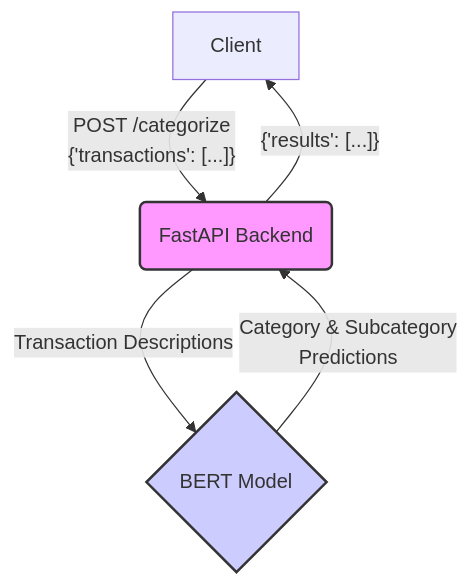
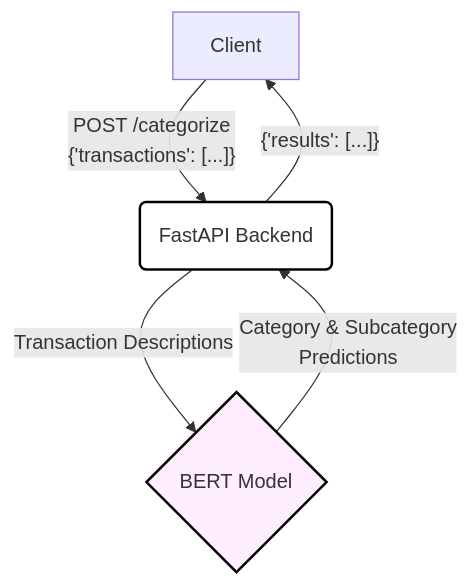
The diagram in README.md (jongan69/Bank-Transaction-Categorizer-v2), drawn with Mermaid before and after one commit.

````diff
--- a/README.md
+++ b/README.md
@@ -7,9 +7,9 @@
 ```mermaid
 graph TD;
     A[Client] -- "POST /categorize<br/>{'transactions': [...]}" --> B(FastAPI Backend);
     B -- "Transaction Descriptions" --> C{BERT Model};
     C -- "Category & Subcategory<br/>Predictions" --> B;
     B -- "{'results': [...]}" --> A;
-style B fill:#f9f,stroke:#333,stroke-width:2px
-style C fill:#ccf,stroke:#333,stroke-width:2px
+style B fill:#fff,stroke:#000,stroke-width:2px
+style C fill:#fef,stroke:#000,stroke-width:2px
 ```
````
